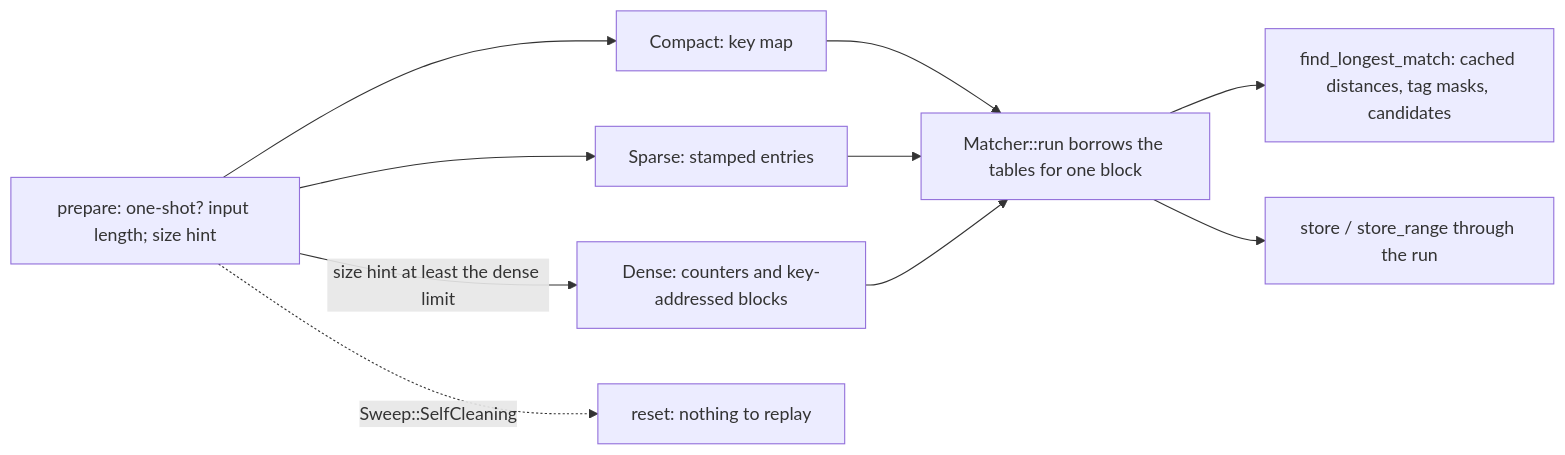
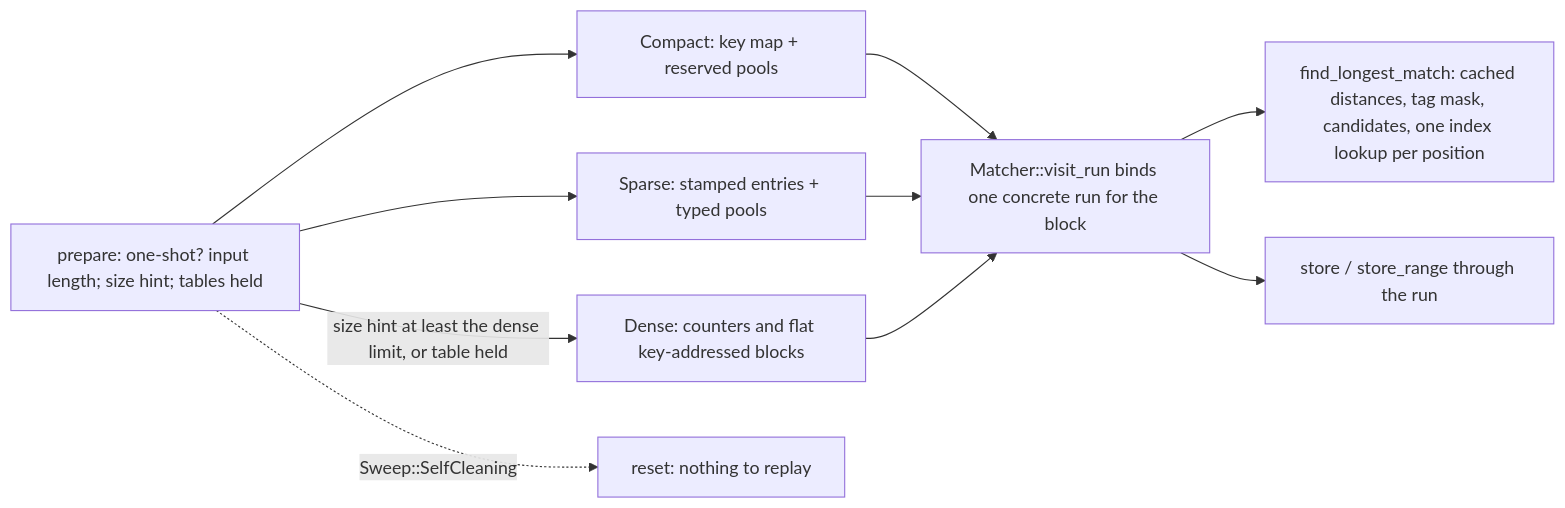
One commit to Mnwa/mbrotli changed the third of 11 diagrams in architecture/greedy-encoder.md. Above: the diagram before and after it, drawn with Mermaid. The commit also changed other lines of this file and 26 other files, not shown here.

````diff
--- a/architecture/greedy-encoder.md
+++ b/architecture/greedy-encoder.md
@@ -255,12 +284,12 @@
 ```mermaid
 flowchart LR
-    prepare[prepare: one-shot? input length; size hint] --> compact[Compact: key map]
-    prepare --> sparse[Sparse: stamped entries]
-    prepare -->|size hint at least the dense limit| dense[Dense: counters and key-addressed blocks]
-    compact --> run[Matcher::run borrows the tables for one block]
+    prepare[prepare: one-shot? input length; size hint; tables held] --> compact[Compact: key map + reserved pools]
+    prepare --> sparse[Sparse: stamped entries + typed pools]
+    prepare -->|size hint at least the dense limit, or table held| dense[Dense: counters and flat key-addressed blocks]
+    compact --> run[Matcher::visit_run binds one concrete run for the block]
     sparse --> run
     dense --> run
-    run --> search[find_longest_match: cached distances, tag masks, candidates]
+    run --> search[find_longest_match: cached distances, tag mask, candidates, one index lookup per position]
     run --> store[store / store_range through the run]
     prepare -. Sweep::SelfCleaning .-> reset[reset: nothing to replay]
 ```
````
